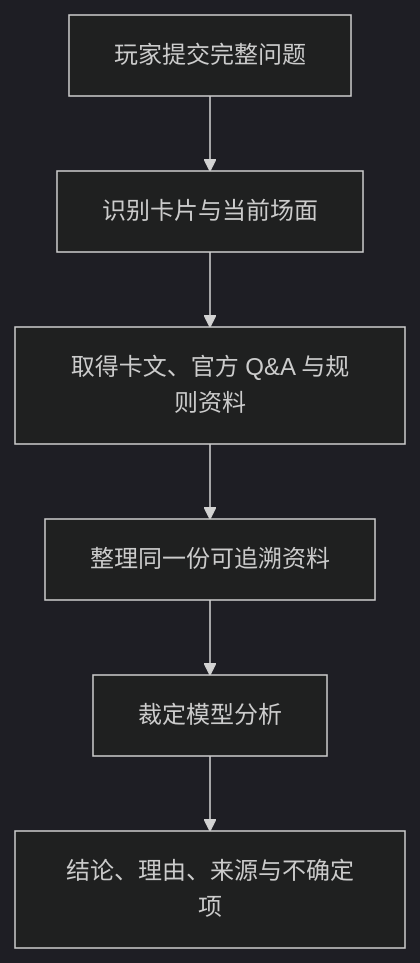
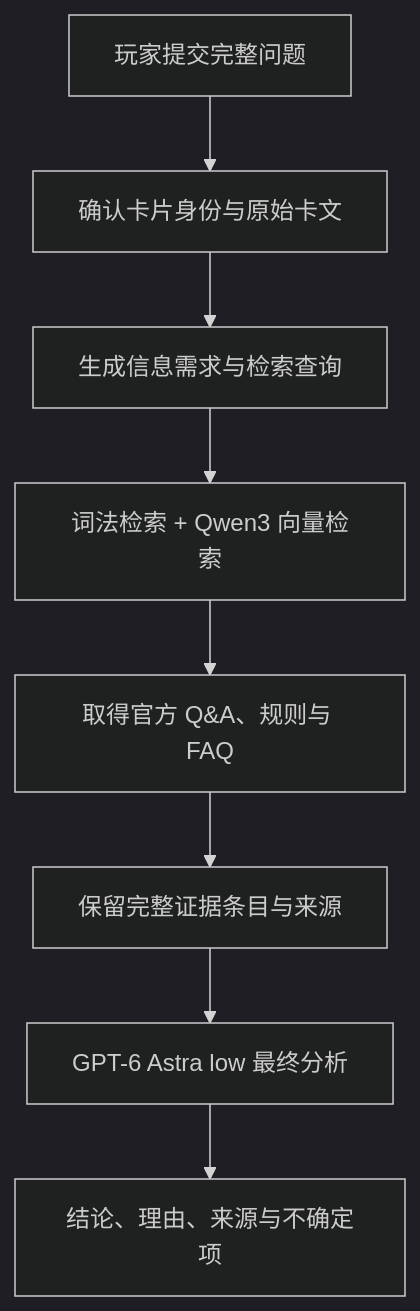
One commit to coldiceh/ocg-ruling-assistant changed the diagram in README.md. Above: the diagram before and after it, drawn with Mermaid (dark theme). The commit also changed other lines of this file and 10 other files, not shown here.

````diff
--- a/README.md
+++ b/README.md
@@ -20,8 +19,10 @@
 ```mermaid
 flowchart TD
-    A["玩家提交完整问题"] --> B["识别卡片与当前场面"]
-    B --> C["取得卡文、官方 Q&A 与规则资料"]
-    C --> E["整理同一份可追溯资料"]
-    E --> F["裁定模型分析"]
-    F --> G["结论、理由、来源与不确定项"]
+    A["玩家提交完整问题"] --> B["确认卡片身份与原始卡文"]
+    B --> C["生成信息需求与检索查询"]
+    C --> D["词法检索 + Qwen3 向量检索"]
+    D --> E["取得官方 Q&A、规则与 FAQ"]
+    E --> F["保留完整证据条目与来源"]
+    F --> G["GPT-6 Astra low 最终分析"]
+    G --> H["结论、理由、来源与不确定项"]
 ```
````
